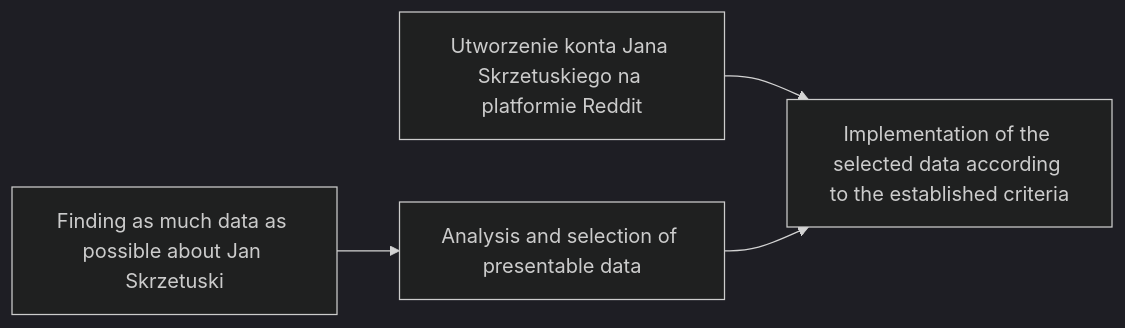
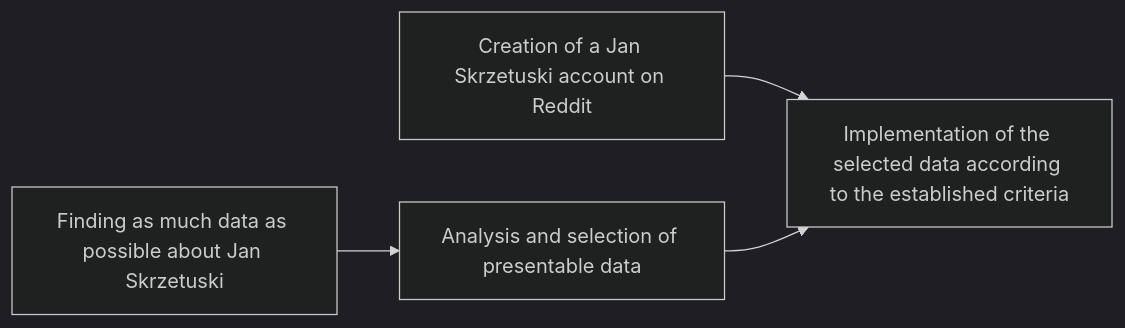
Before and after one commit to n-kodem/Jan-Skrzetuski_Twitter: the diagram in README.md, drawn with Mermaid (dark theme).

Commit message:
readme update

````diff
--- a/README.md
+++ b/README.md
@@ -25,6 +25,6 @@
 ```mermaid
 graph LR
     A1[Finding as much data as possible about Jan Skrzetuski] --> B[Analysis and selection of presentable data]
-    A2[Utworzenie konta Jana Skrzetuskiego na platformie Reddit] --> C[Implementation of the selected data according to the established criteria]
+    A2[Creation of a Jan Skrzetuski account on Reddit] --> C[Implementation of the selected data according to the established criteria]
     B --> C
 ```
````
